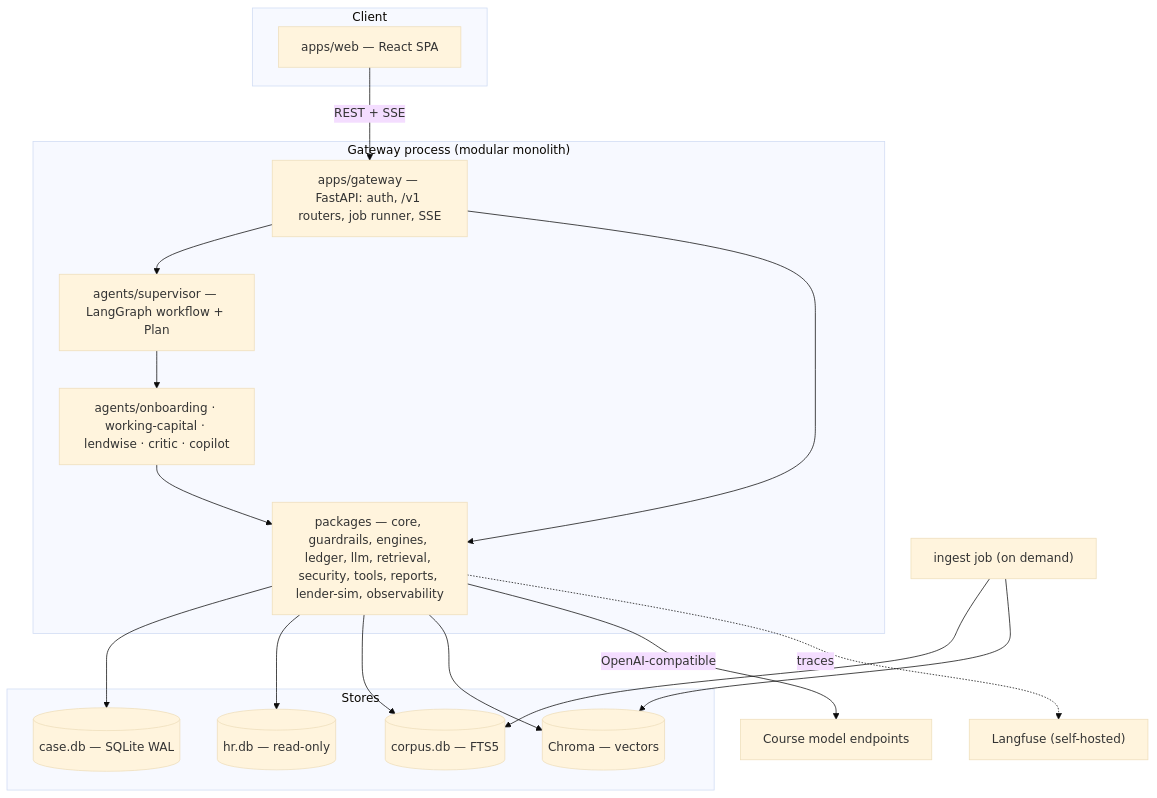
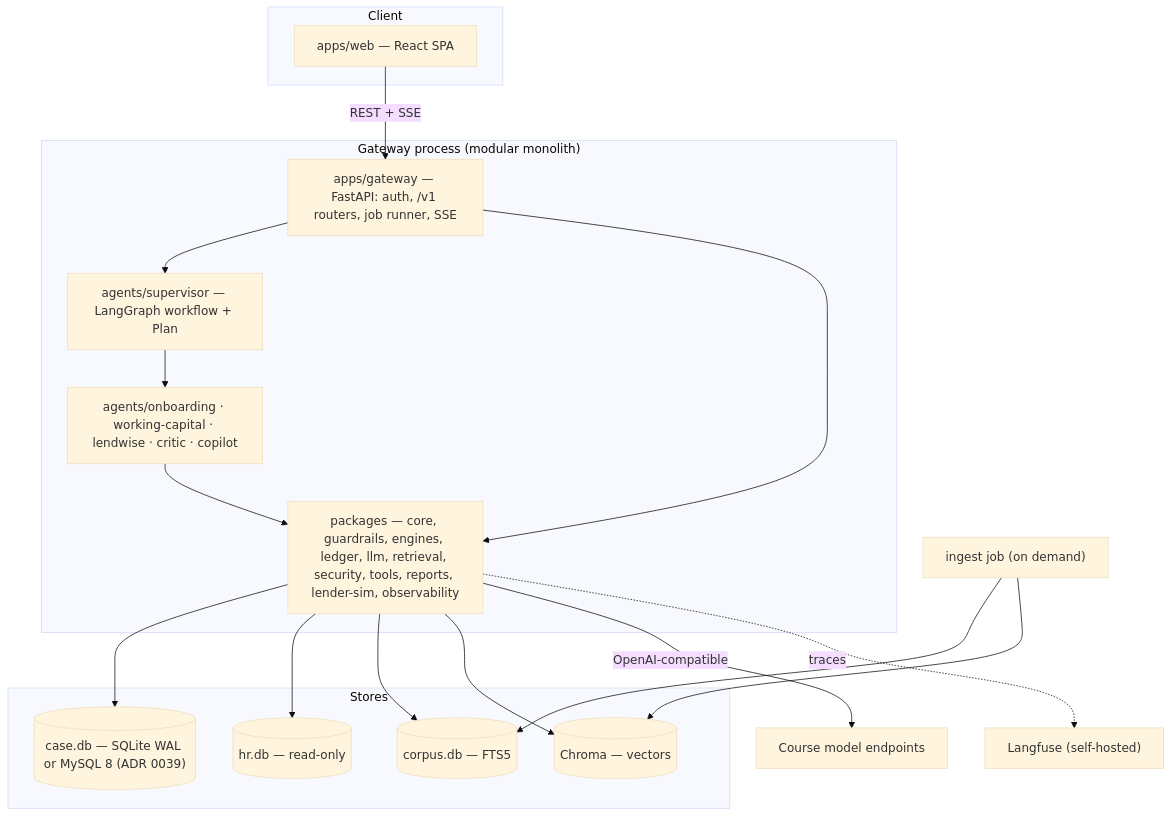
Before and after one commit to pcpdevmob/credAssureProject: the second of 7 diagrams in docs/architecture/ARCHITECTURE.md, drawn with Mermaid (base theme). The commit also changed other lines of this file and 31 other files, not shown here.

First line of the commit message:
p15: case.db on MySQL behind CASE_DATABASE_URL, SQLite kept where needed [ADR 0039, #22 #29 #38 #49]

````diff
--- a/docs/architecture/ARCHITECTURE.md
+++ b/docs/architecture/ARCHITECTURE.md
@@ -82,29 +82,29 @@
 ```mermaid
 flowchart TB
   subgraph Client
     WEB["apps/web — React SPA"]
   end
   subgraph Backend["Gateway process (modular monolith)"]
     GW["apps/gateway — FastAPI: auth, /v1 routers, job runner, SSE"]
     SUP["agents/supervisor — LangGraph workflow + Plan"]
     AG["agents/onboarding · working-capital · lendwise · critic · copilot"]
     PK["packages — core, guardrails, engines, ledger, llm, retrieval, security, tools, reports, lender-sim, observability"]
   end
   subgraph Stores
-    CDB[("case.db — SQLite WAL")]
+    CDB[("case.db — SQLite WAL or MySQL 8 (ADR 0039)")]
     HDB[("hr.db — read-only")]
     KDB[("corpus.db — FTS5")]
     CH[("Chroma — vectors")]
   end
   LF["Langfuse (self-hosted)"]
   ING["ingest job (on demand)"]
   LLM["Course model endpoints"]
   WEB -->|"REST + SSE"| GW
   GW --> SUP --> AG
   AG --> PK
   GW --> PK
   PK --> CDB & HDB & KDB & CH
   PK -->|"OpenAI-compatible"| LLM
   PK -.->|"traces"| LF
   ING --> KDB & CH
 ```
````
